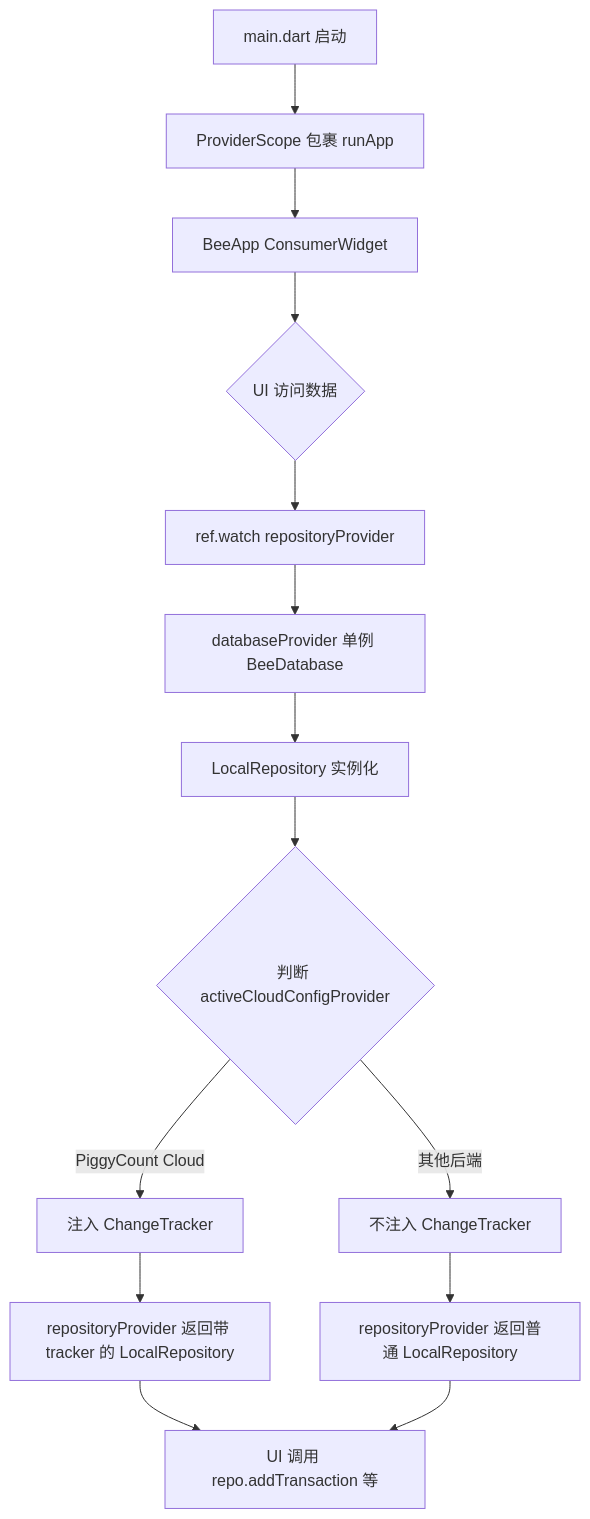
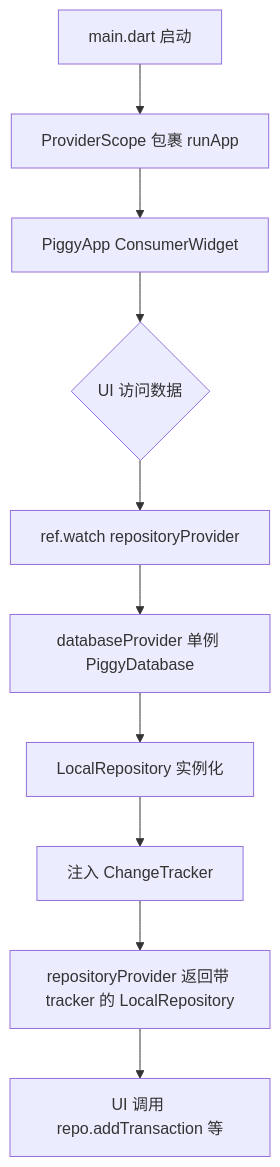
The second of 4 diagrams in docoments/03-tech-stack.md (mecoren/PiggyCount), drawn with Mermaid before and after one commit. The commit also changed other lines of this file and 19 other files, not shown here.

First line of the commit message:
docs: 工程文档与 known-issues 同步至 schema 58 / 快照同步（2026-10-17）

````diff
--- a/docoments/03-tech-stack.md
+++ b/docoments/03-tech-stack.md
@@ -273,16 +279,12 @@
 ```mermaid
 flowchart TD
     A[main.dart 启动] --> B[ProviderScope 包裹 runApp]
-    B --> C[BeeApp ConsumerWidget]
+    B --> C[PiggyApp ConsumerWidget]
     C --> D{UI 访问数据}
     D --> E[ref.watch repositoryProvider]
-    E --> F[databaseProvider 单例 BeeDatabase]
+    E --> F[databaseProvider 单例 PiggyDatabase]
     F --> G[LocalRepository 实例化]
-    G --> H{判断 activeCloudConfigProvider}
-    H -->|PiggyCount Cloud| I[注入 ChangeTracker]
-    H -->|其他后端| J[不注入 ChangeTracker]
-    I --> K[repositoryProvider 返回带 tracker 的 LocalRepository]
-    J --> L[repositoryProvider 返回普通 LocalRepository]
-    K --> M[UI 调用 repo.addTransaction 等]
-    L --> M
+    G --> H[注入 ChangeTracker]
+    H --> I[repositoryProvider 返回带 tracker 的 LocalRepository]
+    I --> M[UI 调用 repo.addTransaction 等]
 ```
````
